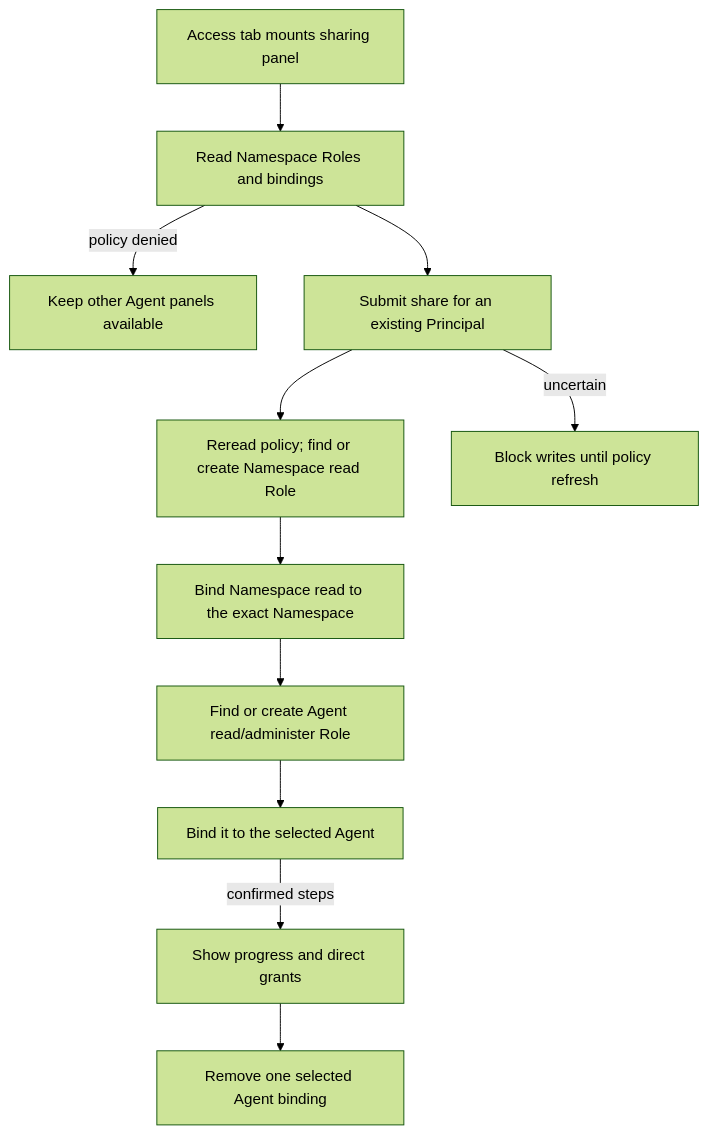
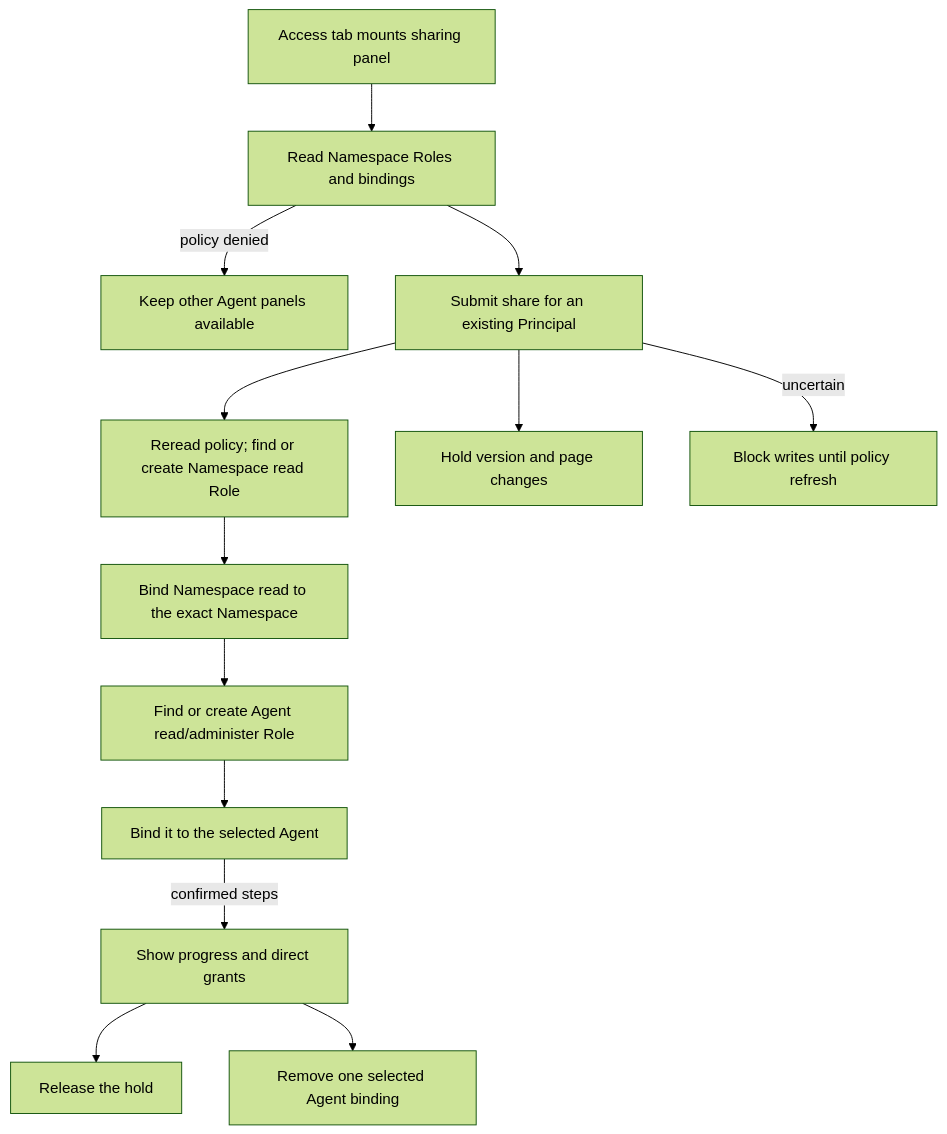
One commit to openclaw/openclaw-enterprise changed the diagram in docs/flows/platform-console/agent-sharing.md. Above: the diagram before and after it, drawn with Mermaid (forest theme). The commit also changed other lines of this file and 4 other files, not shown here.

````diff
--- a/docs/flows/platform-console/agent-sharing.md
+++ b/docs/flows/platform-console/agent-sharing.md
@@ -29,13 +29,15 @@
 ```mermaid
 graph TD
   A["Access tab mounts sharing panel"] --> B["Read Namespace Roles and bindings"]
   B -->|policy denied| K["Keep other Agent panels available"]
   B --> C["Submit share for an existing Principal"]
   C --> D["Reread policy; find or create Namespace read Role"]
   D --> E["Bind Namespace read to the exact Namespace"]
   E --> F["Find or create Agent read/administer Role"]
   F --> G["Bind it to the selected Agent"]
+  C --> P["Hold version and page changes"]
   G -->|confirmed steps| H["Show progress and direct grants"]
+  H --> U["Release the hold"]
   C -->|uncertain| Q["Block writes until policy refresh"]
   H --> R["Remove one selected Agent binding"]
 ```
````
